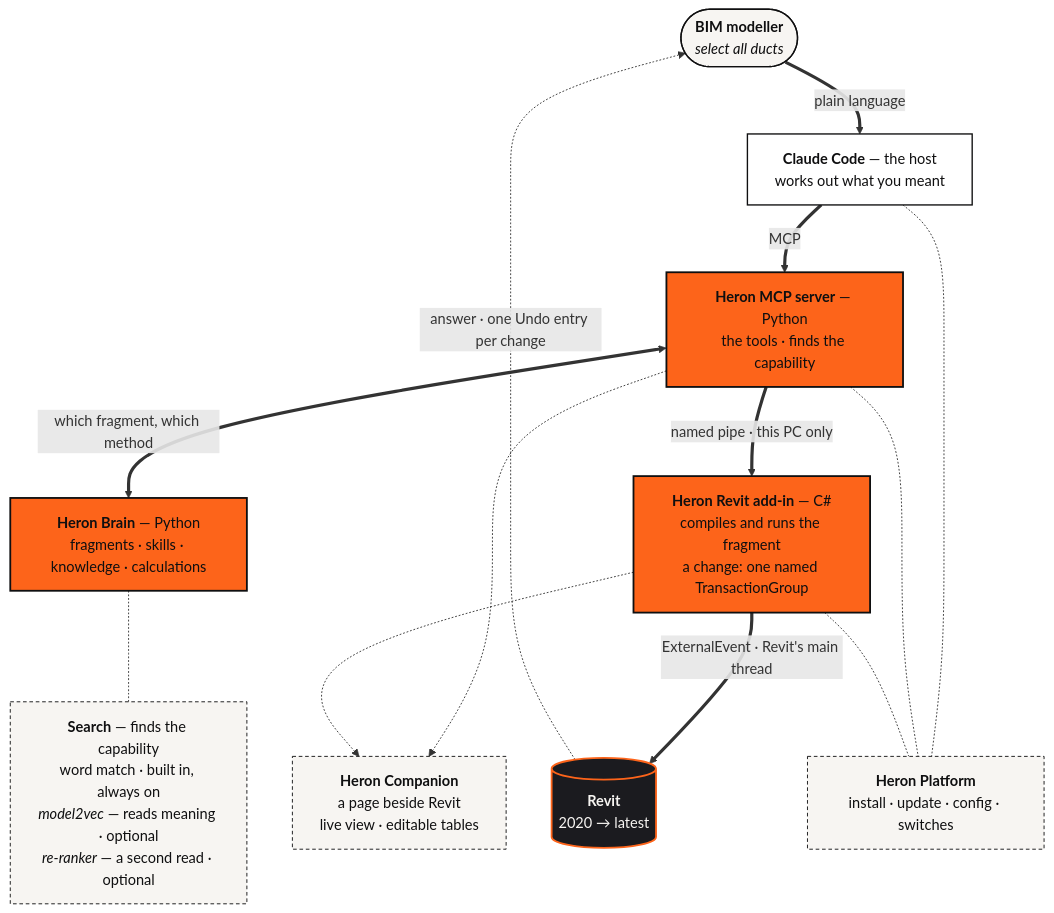
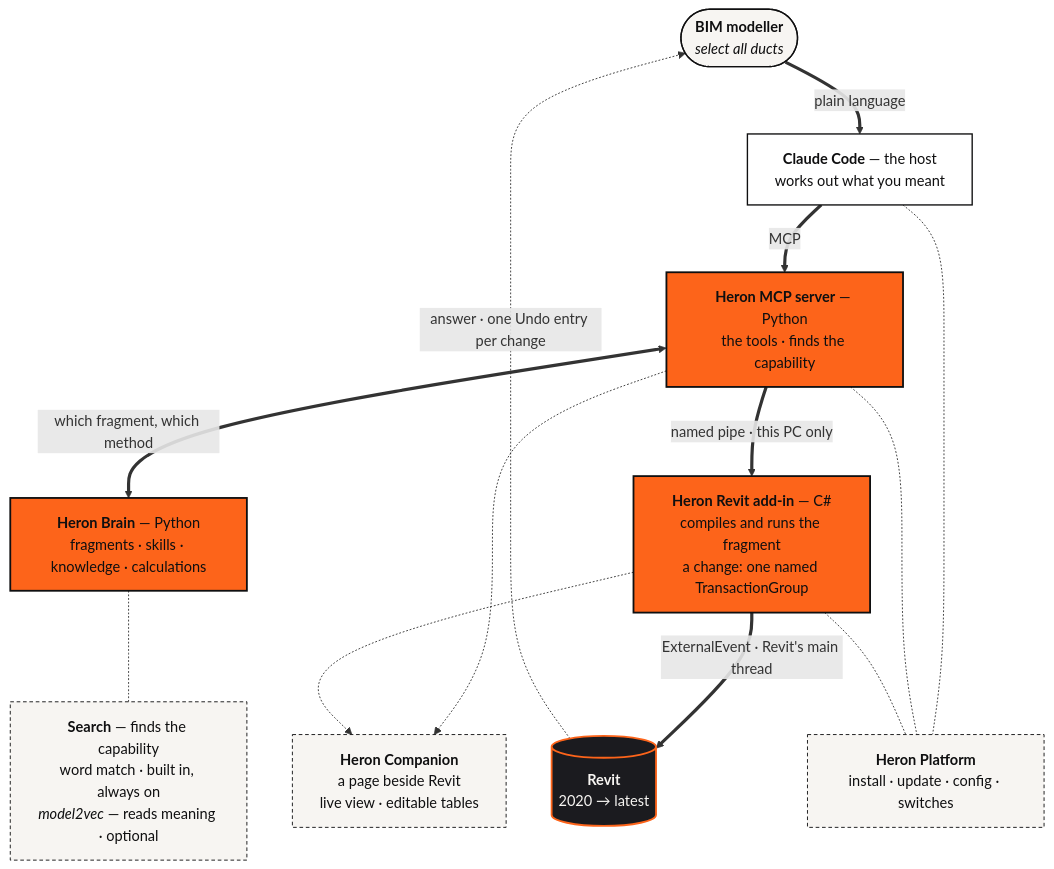
One commit to Ajmalpshaik/Heron-AI changed the first of 2 diagrams in docs/guide/how-heron-works.md. Above: the diagram before and after it, drawn with Mermaid. The commit also changed other lines of this file and 24 other files, not shown here.

First line of the commit message:
D-201: the re-ranker is removed, model2vec stays optional - docs and record

````diff
--- a/docs/guide/how-heron-works.md
+++ b/docs/guide/how-heron-works.md
@@ -19,36 +19,36 @@
 ```mermaid
 flowchart TD
     U(["<b>BIM modeller</b><br/><i>select all ducts</i>"])
     CC["<b>Claude Code</b> — the host<br/>works out what you meant"]
     MS["<b>Heron MCP server</b> — Python<br/>the tools · finds the capability"]
     BR["<b>Heron Brain</b> — Python<br/>fragments · skills · knowledge · calculations"]
-    SR["<b>Search</b> — finds the capability<br/>word match · built in, always on<br/><i>model2vec</i> — reads meaning · optional<br/><i>re-ranker</i> — a second read · optional"]
+    SR["<b>Search</b> — finds the capability<br/>word match · built in, always on<br/><i>model2vec</i> — reads meaning · optional"]
     AD["<b>Heron Revit add-in</b> — C#<br/>compiles and runs the fragment<br/>a change: one named TransactionGroup"]
     RV[("<b>Revit</b><br/>2020 → latest")]
     CP["<b>Heron Companion</b><br/>a page beside Revit<br/>live view · editable tables"]
     PL["<b>Heron Platform</b><br/>install · update · config · switches"]
 
     U ==>|plain language| CC
     CC ==>|MCP| MS
     MS <==>|which fragment, which method| BR
     BR -.- SR
     MS ==>|named pipe · this PC only| AD
     AD ==>|ExternalEvent · Revit's main thread| RV
     RV -.->|answer · one Undo entry per change| U
     MS -.-> CP
     AD -.-> CP
     CC -.- PL
     MS -.- PL
     AD -.- PL
 
     classDef person fill:#F7F5F2,stroke:#0F0F10,stroke-width:1.5px,color:#0F0F10
     classDef host fill:#FFFFFF,stroke:#0F0F10,stroke-width:1.5px,color:#0F0F10
     classDef heron fill:#FD641A,stroke:#0F0F10,stroke-width:2px,color:#0F0F10
     classDef quiet fill:#F7F5F2,stroke:#0F0F10,stroke-width:1px,color:#0F0F10,stroke-dasharray:4 3
     classDef revit fill:#1B1B1F,stroke:#FD641A,stroke-width:2px,color:#F7F5F2
     class U person
     class CC host
     class MS,BR,AD heron
     class SR,CP,PL quiet
     class RV revit
 ```
````
